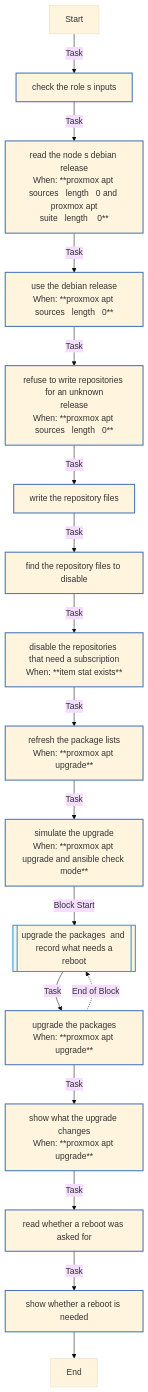
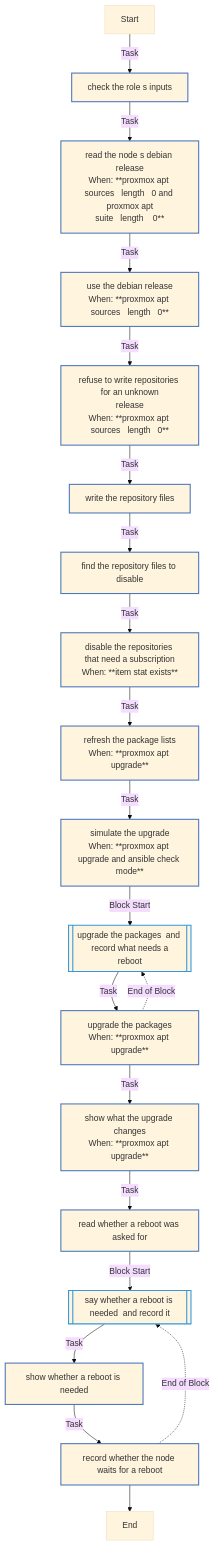
The diagram in roles/proxmox_apt/REFERENCE.md (kawadeomkar/homeserver), drawn with Mermaid (base theme) before and after one commit. The commit also changed other lines of this file and 34 other files, not shown here.

````diff
--- a/roles/proxmox_apt/REFERENCE.md
+++ b/roles/proxmox_apt/REFERENCE.md
@@ -170,29 +183,32 @@
 ```mermaid
 flowchart TD
 Start
 classDef block stroke:#3498db,stroke-width:2px;
 classDef task stroke:#4b76bb,stroke-width:2px;
 classDef includeTasks stroke:#16a085,stroke-width:2px;
 classDef importTasks stroke:#34495e,stroke-width:2px;
 classDef includeRole stroke:#2980b9,stroke-width:2px;
 classDef importRole stroke:#699ba7,stroke-width:2px;
 classDef includeVars stroke:#8e44ad,stroke-width:2px;
 classDef rescue stroke:#665352,stroke-width:2px;
 
   Start-->|Task| Check_the_role_s_inputs0[check the role s inputs]:::task
   Check_the_role_s_inputs0-->|Task| Read_the_node_s_Debian_release1[read the node s debian release<br>When: **proxmox apt sources   length   0 and proxmox apt<br>suite   length    0**]:::task
   Read_the_node_s_Debian_release1-->|Task| Use_the_Debian_release2[use the debian release<br>When: **proxmox apt sources   length   0**]:::task
   Use_the_Debian_release2-->|Task| Refuse_to_write_repositories_for_an_unknown_release3[refuse to write repositories for an unknown<br>release<br>When: **proxmox apt sources   length   0**]:::task
   Refuse_to_write_repositories_for_an_unknown_release3-->|Task| Write_the_repository_files4[write the repository files]:::task
   Write_the_repository_files4-->|Task| Find_the_repository_files_to_disable5[find the repository files to disable]:::task
   Find_the_repository_files_to_disable5-->|Task| Disable_the_repositories_that_need_a_subscription6[disable the repositories that need a subscription<br>When: **item stat exists**]:::task
   Disable_the_repositories_that_need_a_subscription6-->|Task| Refresh_the_package_lists7[refresh the package lists<br>When: **proxmox apt upgrade**]:::task
   Refresh_the_package_lists7-->|Task| Simulate_the_upgrade8[simulate the upgrade<br>When: **proxmox apt upgrade and ansible check mode**]:::task
   Simulate_the_upgrade8-->|Block Start| Upgrade_the_packages__and_record_what_needs_a_reboot9_block_start_0[[upgrade the packages  and record what needs a<br>reboot]]:::block
   Upgrade_the_packages__and_record_what_needs_a_reboot9_block_start_0-->|Task| Upgrade_the_packages0[upgrade the packages<br>When: **proxmox apt upgrade**]:::task
   Upgrade_the_packages0-.->|End of Block| Upgrade_the_packages__and_record_what_needs_a_reboot9_block_start_0
   Upgrade_the_packages0-->|Task| Show_what_the_upgrade_changes10[show what the upgrade changes<br>When: **proxmox apt upgrade**]:::task
   Show_what_the_upgrade_changes10-->|Task| Read_whether_a_reboot_was_asked_for11[read whether a reboot was asked for]:::task
-  Read_whether_a_reboot_was_asked_for11-->|Task| Show_whether_a_reboot_is_needed12[show whether a reboot is needed]:::task
-  Show_whether_a_reboot_is_needed12-->End
+  Read_whether_a_reboot_was_asked_for11-->|Block Start| Say_whether_a_reboot_is_needed__and_record_it12_block_start_0[[say whether a reboot is needed  and record it]]:::block
+  Say_whether_a_reboot_is_needed__and_record_it12_block_start_0-->|Task| Show_whether_a_reboot_is_needed0[show whether a reboot is needed]:::task
+  Show_whether_a_reboot_is_needed0-->|Task| Record_whether_the_node_waits_for_a_reboot1[record whether the node waits for a reboot]:::task
+  Record_whether_the_node_waits_for_a_reboot1-.->|End of Block| Say_whether_a_reboot_is_needed__and_record_it12_block_start_0
+  Record_whether_the_node_waits_for_a_reboot1-->End
 ```
````
